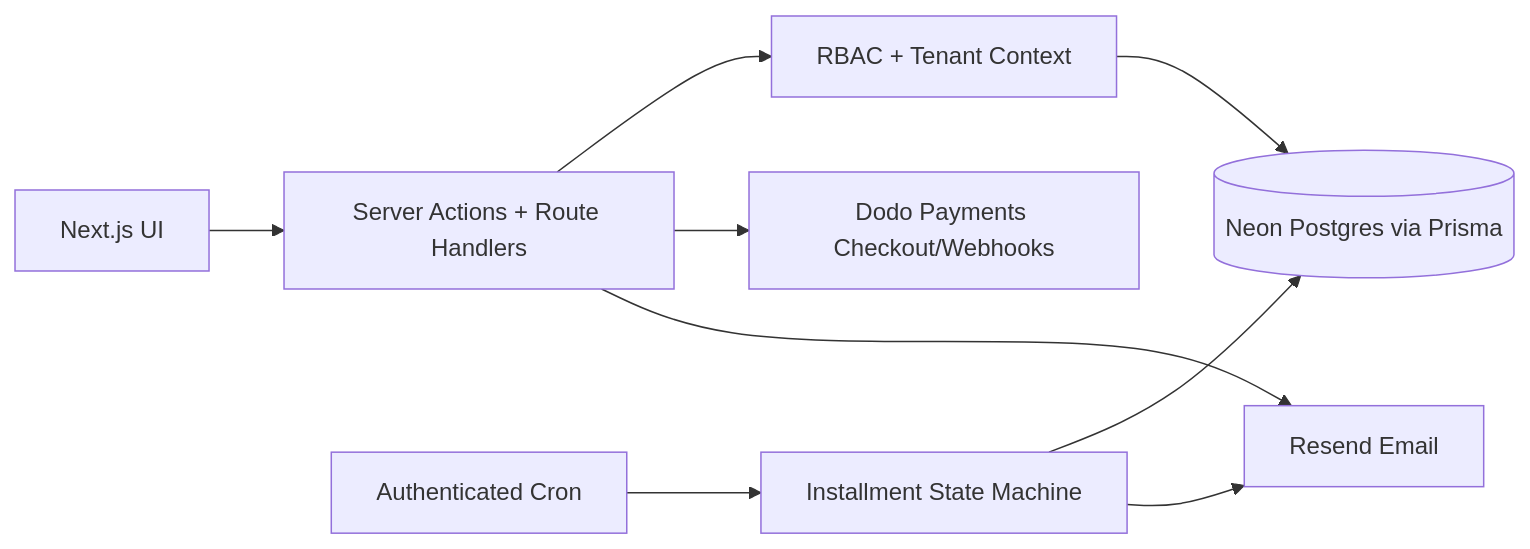
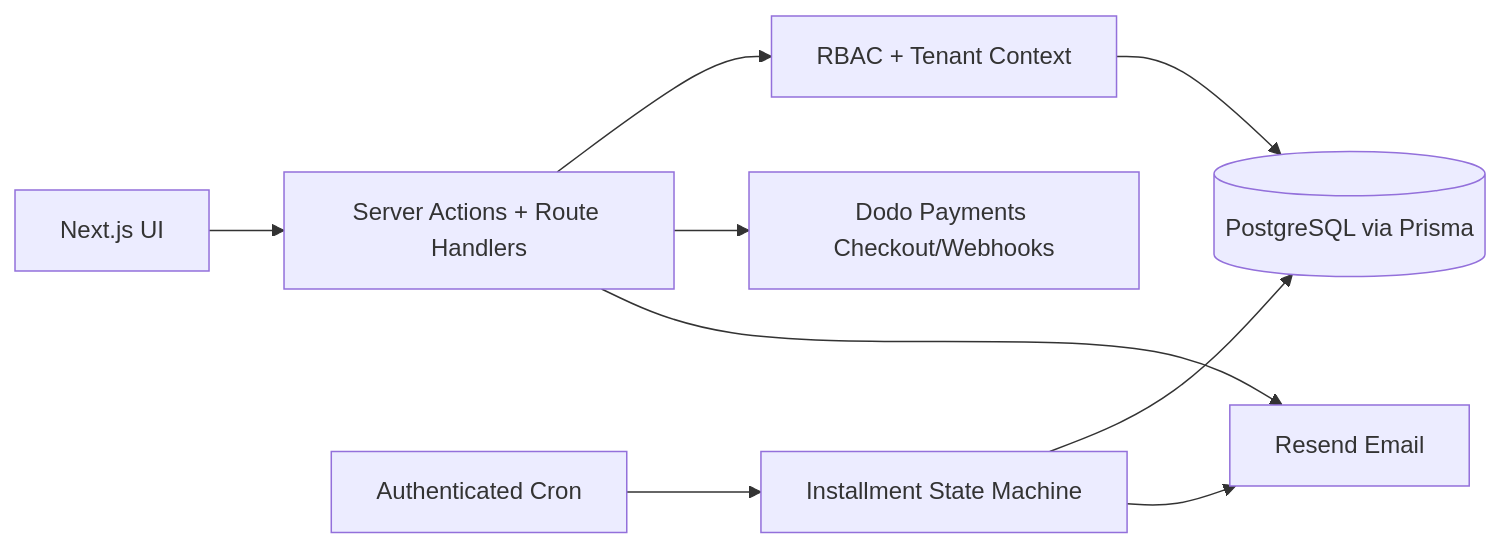
Before and after one commit to yigiterturk-dev/bridalstack: the diagram in README.md, drawn with Mermaid. The commit also changed other lines of this file and 6 other files, not shown here.

````diff
--- a/README.md
+++ b/README.md
@@ -33,11 +33,11 @@
 ```mermaid
 flowchart LR
     Browser[Next.js UI] --> Routes[Server Actions + Route Handlers]
     Routes --> Guard[RBAC + Tenant Context]
-    Guard --> Db[(Neon Postgres via Prisma)]
+    Guard --> Db[(PostgreSQL via Prisma)]
     Routes --> Dodo[Dodo Payments Checkout/Webhooks]
     Routes --> Resend[Resend Email]
     Cron[Authenticated Cron] --> Installments[Installment State Machine]
     Installments --> Db
     Installments --> Resend
 ```
````
